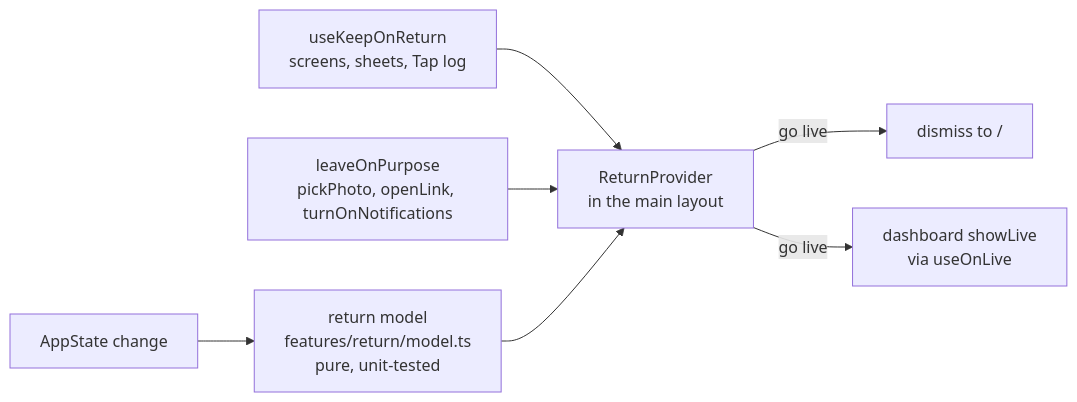
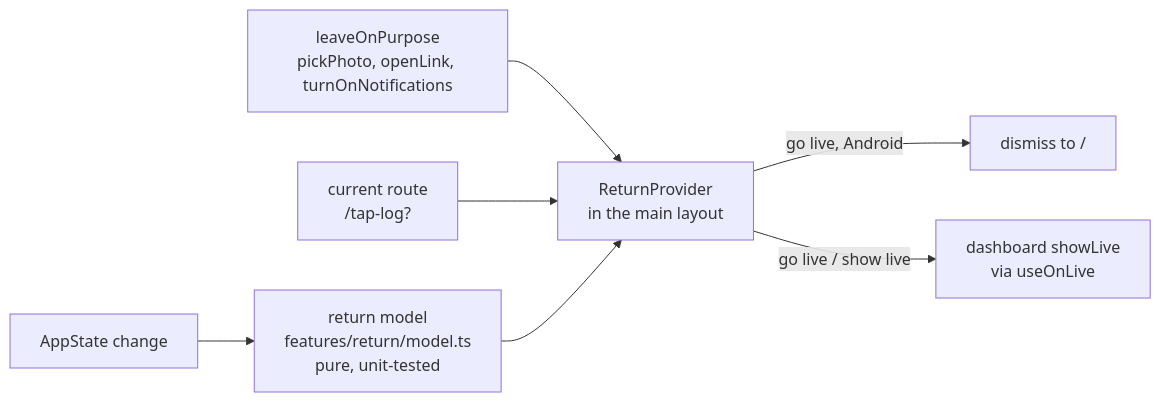
One commit to alfredskeden/molly changed the second of 2 diagrams in plans/implan-live-on-return/MENTAL_MODEL.md. Above: the diagram before and after it, drawn with Mermaid. The commit also changed other lines of this file and 1 other file, not shown here.

````diff
--- a/plans/implan-live-on-return/MENTAL_MODEL.md
+++ b/plans/implan-live-on-return/MENTAL_MODEL.md
@@ -55,9 +52,9 @@
 ```mermaid
 flowchart LR
   AS[AppState change] --> M[return model<br/>features/return/model.ts<br/>pure, unit-tested]
-  K[useKeepOnReturn<br/>screens, sheets, Tap log] --> P
   O[leaveOnPurpose<br/>pickPhoto, openLink, turnOnNotifications] --> P
+  RT[current route<br/>/tap-log?] --> P
   M --> P[ReturnProvider<br/>in the main layout]
-  P -- go live --> D[dismiss to /]
-  P -- go live --> SL[dashboard showLive<br/>via useOnLive]
+  P -- go live, Android --> D[dismiss to /]
+  P -- go live / show live --> SL[dashboard showLive<br/>via useOnLive]
 ```
````
